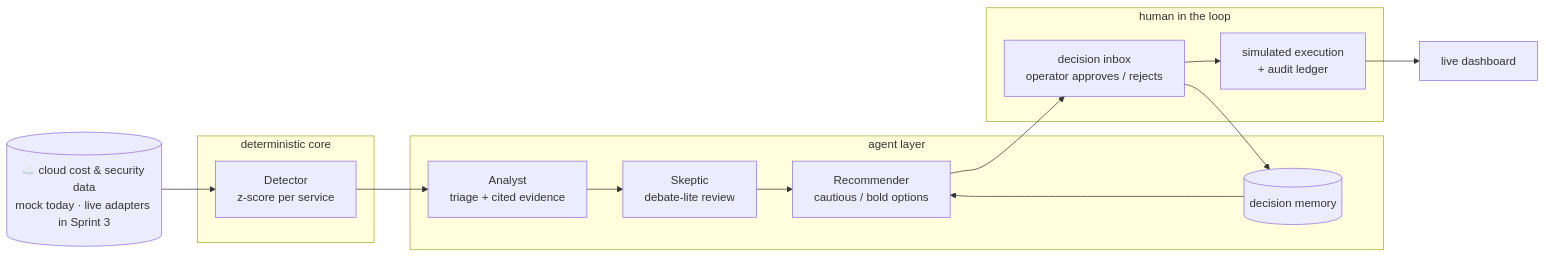
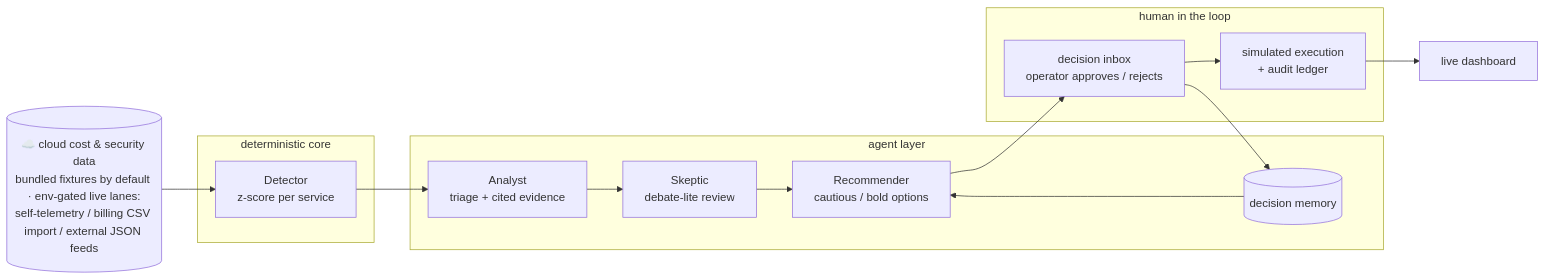
The diagram in README.md (muratcan-ates/cloudsentinel), drawn with Mermaid before and after one commit. The commit also changed other lines of this file and 2 other files, not shown here.

First line of the commit message:
docs: scenario savings named honestly, the diagram stops promising Sprint 3

````diff
--- a/README.md
+++ b/README.md
@@ -168,23 +168,23 @@
 ```mermaid
 flowchart LR
-    CLOUD[("☁️ cloud cost &amp; security data<br/>mock today · live adapters in Sprint 3")] --> DET
+    CLOUD[("☁️ cloud cost &amp; security data<br/>bundled fixtures by default · env-gated live lanes:<br/>self-telemetry / billing CSV import / external JSON feeds")] --> DET
 
     subgraph deterministic core
         DET["Detector<br/>z-score per service"]
     end
 
     subgraph agent layer
         DET --> AN["Analyst<br/>triage + cited evidence"]
         AN --> SK["Skeptic<br/>debate-lite review"]
         SK --> REC["Recommender<br/>cautious / bold options"]
         MEM[("decision memory")] --> REC
     end
 
     subgraph human in the loop
         REC --> INBOX["decision inbox<br/>operator approves / rejects"]
         INBOX --> EXEC["simulated execution<br/>+ audit ledger"]
     end
 
     INBOX --> MEM
     EXEC --> DASH["live dashboard"]
 ```
````
